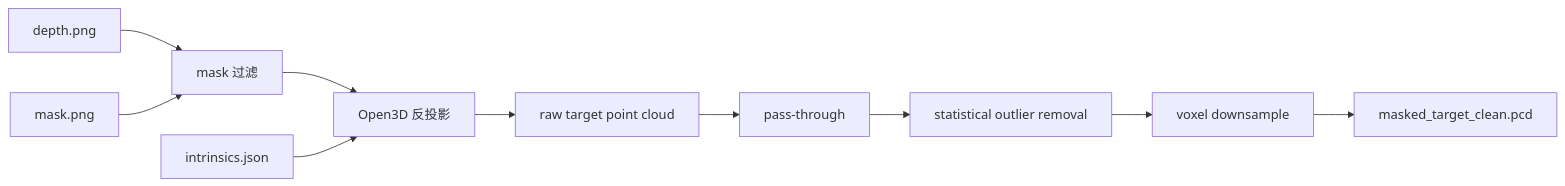
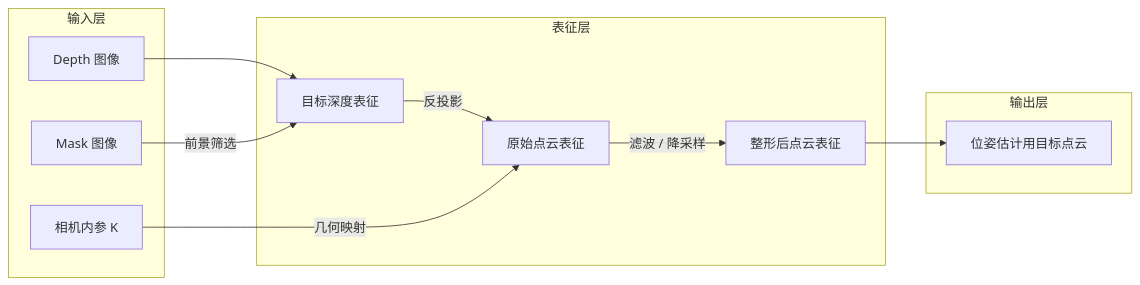
The sixth of 12 diagrams in docs/part2-vision-manipulation/06-pose_0719.md (Xbotics-Embodied-AI-club/Xbotics-Embodied-AI-Handbook), drawn with Mermaid before and after one commit. The commit also changed other lines of this file and 9 other files, not shown here.

````diff
--- a/docs/part2-vision-manipulation/06-pose_0719.md
+++ b/docs/part2-vision-manipulation/06-pose_0719.md
@@ -355,12 +407,22 @@
 ```mermaid
 flowchart LR
-    A[depth.png] --> B[mask 过滤]
-    C[mask.png] --> B
-    B --> D[Open3D 反投影]
-    E[intrinsics.json] --> D
-    D --> F[raw target point cloud]
-    F --> G[pass-through]
-    G --> H[statistical outlier removal]
-    H --> I[voxel downsample]
-    I --> J[masked_target_clean.pcd]
+    subgraph I6[输入层]
+        A6[Depth 图像]
+        B6[Mask 图像]
+        C6[相机内参 K]
+    end
+    subgraph R6[表征层]
+        D6[目标深度表征]
+        E6[原始点云表征]
+        F6[整形后点云表征]
+    end
+    subgraph O6[输出层]
+        G6[位姿估计用目标点云]
+    end
+    A6 --> D6
+    B6 -->|前景筛选| D6
+    D6 -->|反投影| E6
+    C6 -->|几何映射| E6
+    E6 -->|滤波 / 降采样| F6
+    F6 --> G6
 ```
````
